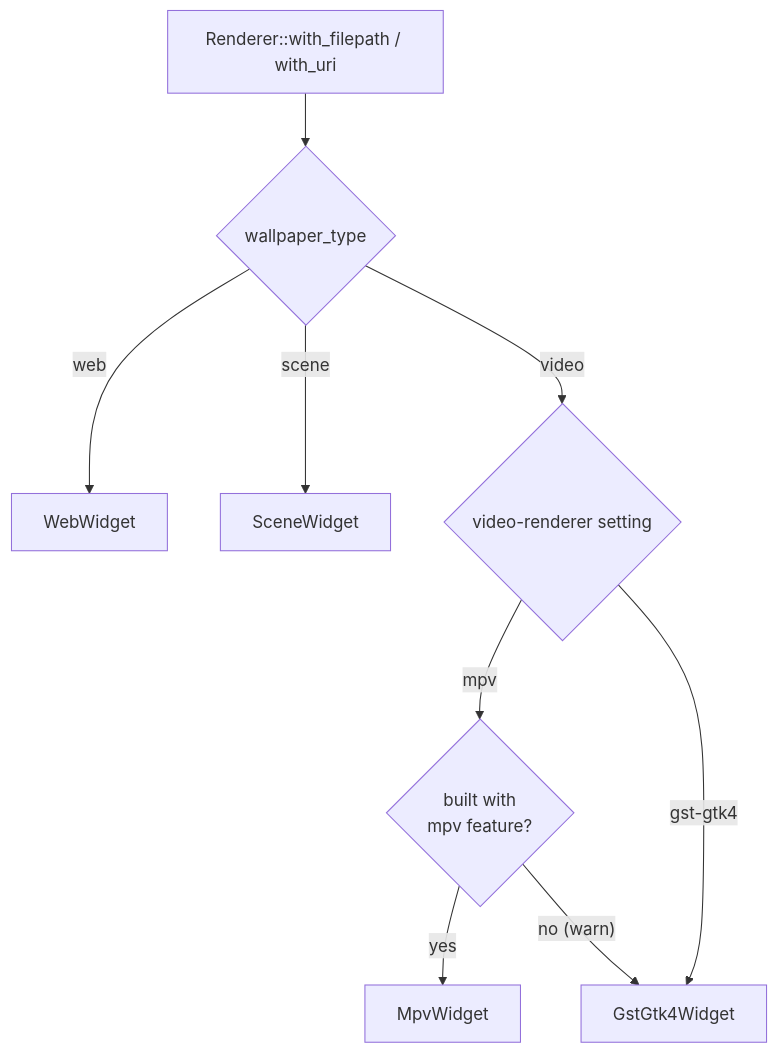
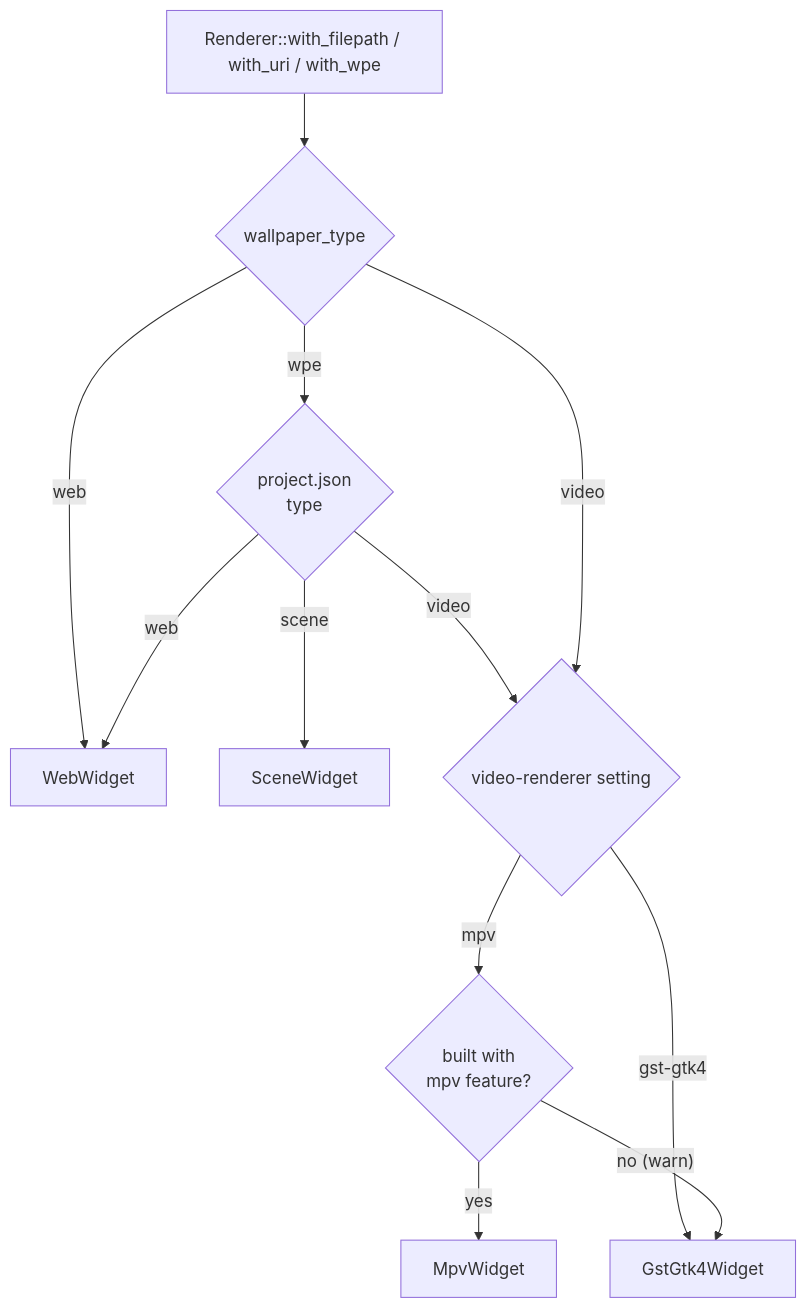
The first of 2 diagrams in docs/renderers.md (jeffshee/hotaru), drawn with Mermaid before and after one commit. The commit also changed other lines of this file and 8 other files, not shown here.

First line of the commit message:
feat: WPE package delegation + workshop-id, rename scene type to wpe

````diff
--- a/docs/renderers.md
+++ b/docs/renderers.md
@@ -40,11 +41,14 @@
 ```mermaid
 flowchart TD
-    SRC["Renderer::with_filepath / with_uri"] --> T{wallpaper_type}
+    SRC["Renderer::with_filepath / with_uri / with_wpe"] --> T{wallpaper_type}
     T -->|web| WEB[WebWidget]
-    T -->|scene| SCN[SceneWidget]
+    T -->|wpe| WP{"project.json<br/>type"}
+    WP -->|scene| SCN[SceneWidget]
+    WP -->|web| WEB
+    WP -->|video| VR
     T -->|video| VR{video-renderer setting}
     VR -->|mpv| F{"built with<br/>mpv feature?"}
     VR -->|gst-gtk4| GST[GstGtk4Widget]
     F -->|yes| MPV[MpvWidget]
     F -->|"no (warn)"| GST
 ```
````
